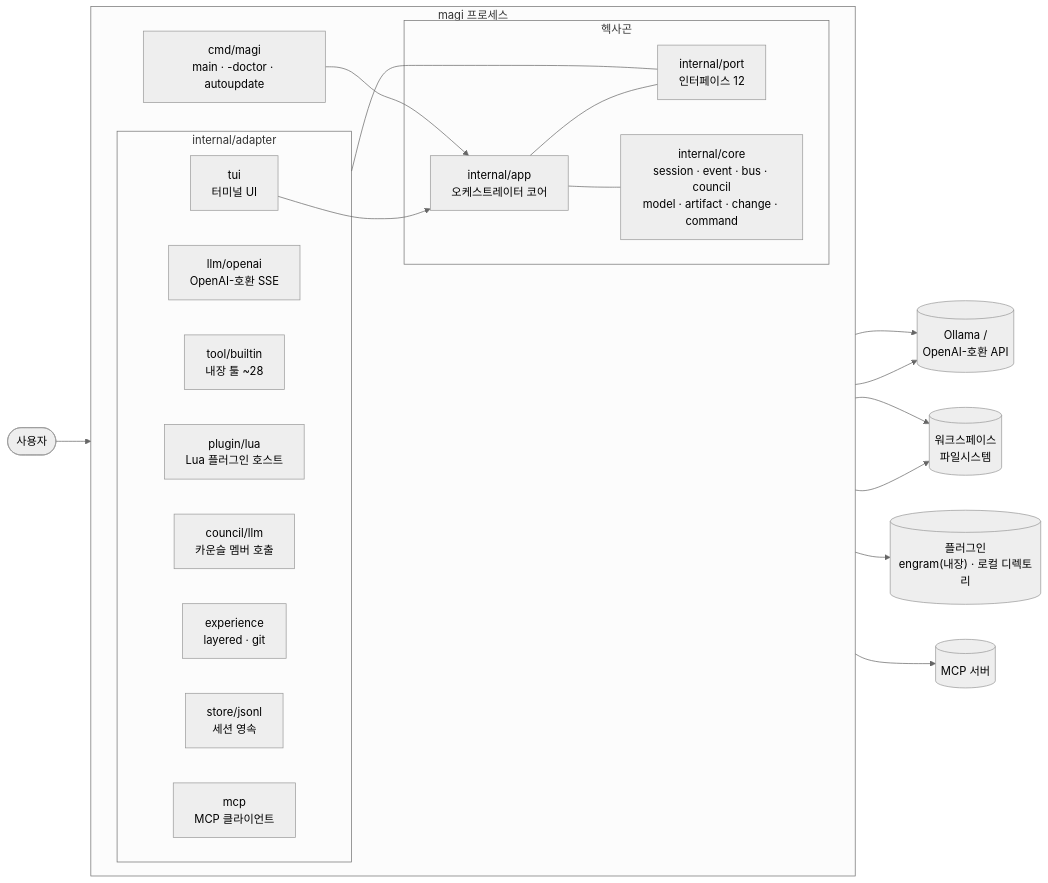
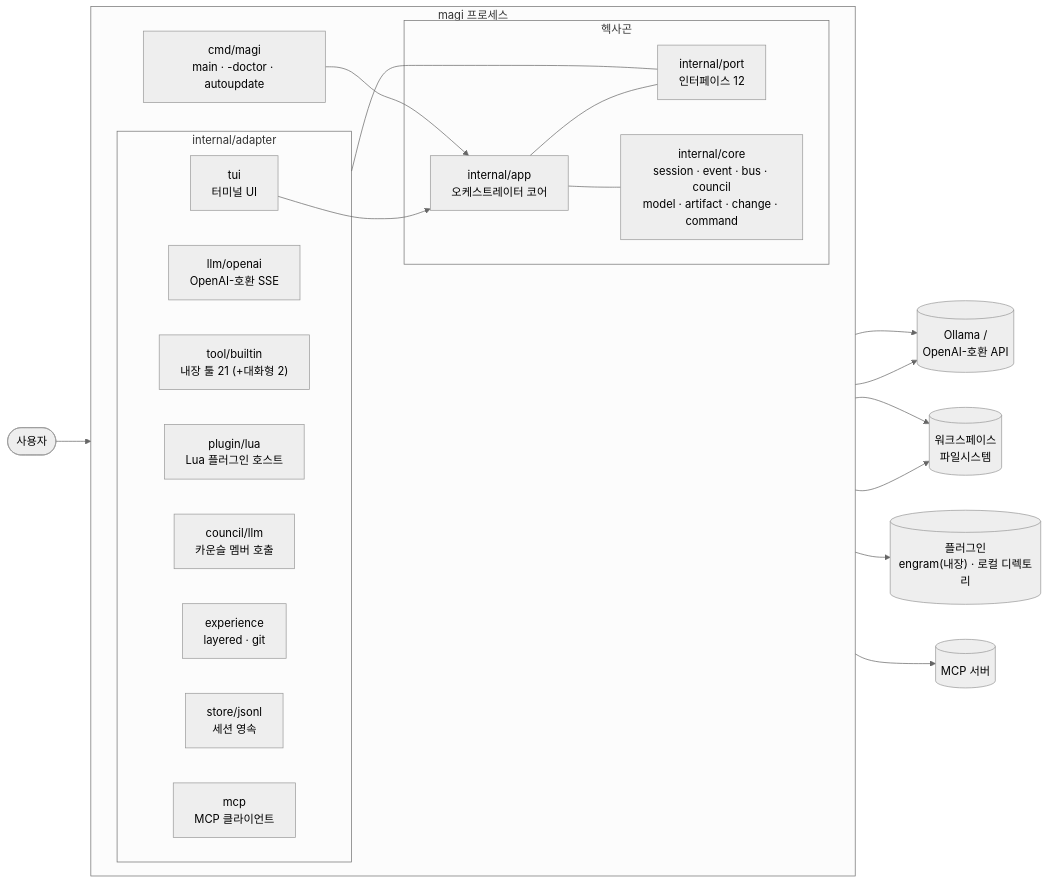
The first of 10 diagrams in docs/DIAGRAMS.md (sayaya1090/magi), drawn with Mermaid before and after one commit. The commit also changed other lines of this file and 1 other file, not shown here.

````diff
--- a/docs/DIAGRAMS.md
+++ b/docs/DIAGRAMS.md
@@ -14,40 +29,40 @@
 ```mermaid
 %%{init: {'theme':'neutral','flowchart':{'curve':'basis'}}}%%
 flowchart LR
   user(["사용자"])
   subgraph proc["magi 프로세스"]
     direction LR
     cmd["cmd/magi<br/>main · -doctor · autoupdate"]
     subgraph hex["헥사곤"]
       app["internal/app<br/>오케스트레이터 코어"]
       port["internal/port<br/>인터페이스 12"]
       core["internal/core<br/>session · event · bus · council<br/>model · artifact · change · command"]
     end
     subgraph adp["internal/adapter"]
       tui["tui<br/>터미널 UI"]
       llm["llm/openai<br/>OpenAI-호환 SSE"]
-      tools["tool/builtin<br/>내장 툴 ~28"]
+      tools["tool/builtin<br/>내장 툴 21 (+대화형 2)"]
       lua["plugin/lua<br/>Lua 플러그인 호스트"]
       council["council/llm<br/>카운슬 멤버 호출"]
       exp["experience<br/>layered · git"]
       store["store/jsonl<br/>세션 영속"]
       mcp["mcp<br/>MCP 클라이언트"]
     end
   end
   ollama[("Ollama /<br/>OpenAI-호환 API")]
   ws[("워크스페이스<br/>파일시스템")]
   plug[("플러그인<br/>engram(내장) · 로컬 디렉토리")]
   mcpsrv[("MCP 서버")]
 
   user --> tui --> app
   cmd --> app
   app --- port
   app --- core
   port --- adp
   llm --> ollama
   council --> ollama
   tools --> ws
   lua --> plug
   mcp --> mcpsrv
   store --> ws
 ```
````
